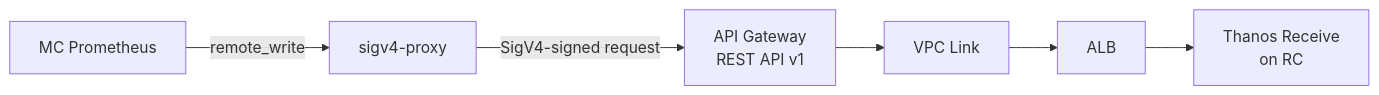
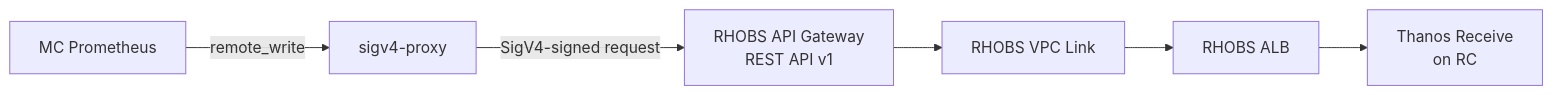
The diagram in docs/design/mc-metrics-remote-write.md (rosa-regional-platform-ci/rosa-regional-platform), drawn with Mermaid before and after one commit. The commit also changed other lines of this file and 12 other files, not shown here.

First line of the commit message:
feat: add dedicated ALB and networking to RHOBS API Gateway module

````diff
--- a/docs/design/mc-metrics-remote-write.md
+++ b/docs/design/mc-metrics-remote-write.md
@@ -17,8 +17,8 @@
 ```mermaid
 graph LR
     A[MC Prometheus] -->|remote_write| B[sigv4-proxy]
-    B -->|SigV4-signed request| C[API Gateway<br/>REST API v1]
-    C --> D[VPC Link]
-    D --> E[ALB]
+    B -->|SigV4-signed request| C[RHOBS API Gateway<br/>REST API v1]
+    C --> D[RHOBS VPC Link]
+    D --> E[RHOBS ALB]
     E --> F[Thanos Receive<br/>on RC]
 ```
````
